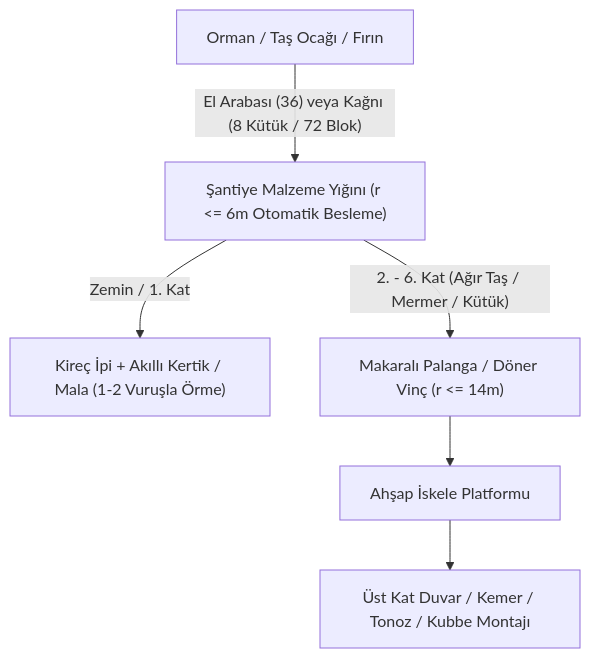
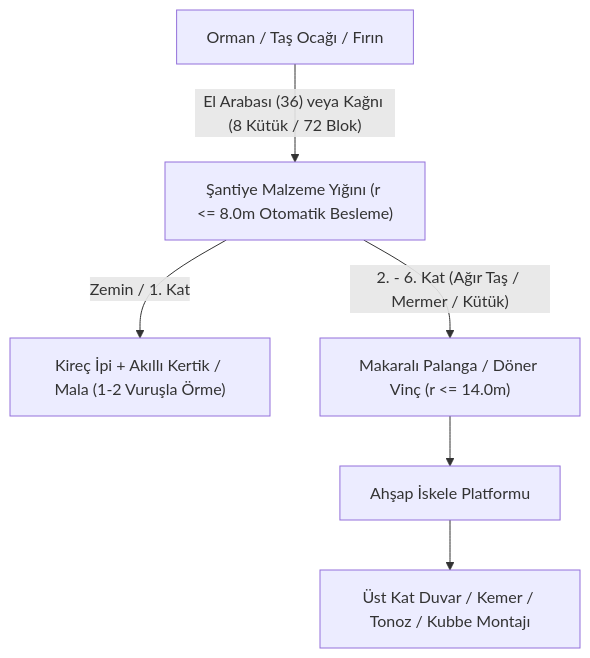
The second of 3 diagrams in docs/gercekci-insaat-ve-mimari-sistemi/DOK5_MALZEME_PROGRESYON_UX_VE_IC_MEKAN.md (Muhammed-KRM/VoxelGame), drawn with Mermaid before and after one commit. The commit also changed other lines of this file and 6 other files, not shown here.

````diff
--- a/docs/gercekci-insaat-ve-mimari-sistemi/DOK5_MALZEME_PROGRESYON_UX_VE_IC_MEKAN.md
+++ b/docs/gercekci-insaat-ve-mimari-sistemi/DOK5_MALZEME_PROGRESYON_UX_VE_IC_MEKAN.md
@@ -214,8 +214,8 @@
 ```mermaid
 flowchart TD
-    O["Orman / Taş Ocağı / Fırın"] -->|"El Arabası (36) veya Kağnı (8 Kütük / 72 Blok)"| Y["Şantiye Malzeme Yığını (r <= 6m Otomatik Besleme)"]
+    O["Orman / Taş Ocağı / Fırın"] -->|"El Arabası (36) veya Kağnı (8 Kütük / 72 Blok)"| Y["Şantiye Malzeme Yığını (r <= 8.0m Otomatik Besleme)"]
     Y -->|"Zemin / 1. Kat"| D1["Kireç İpi + Akıllı Kertik / Mala (1-2 Vuruşla Örme)"]
-    Y -->|"2. - 6. Kat (Ağır Taş / Mermer / Kütük)"| V["Makaralı Palanga / Döner Vinç (r <= 14m)"]
+    Y -->|"2. - 6. Kat (Ağır Taş / Mermer / Kütük)"| V["Makaralı Palanga / Döner Vinç (r <= 14.0m)"]
     V --> I["Ahşap İskele Platformu"]
     I --> D2["Üst Kat Duvar / Kemer / Tonoz / Kubbe Montajı"]
 ```
````
